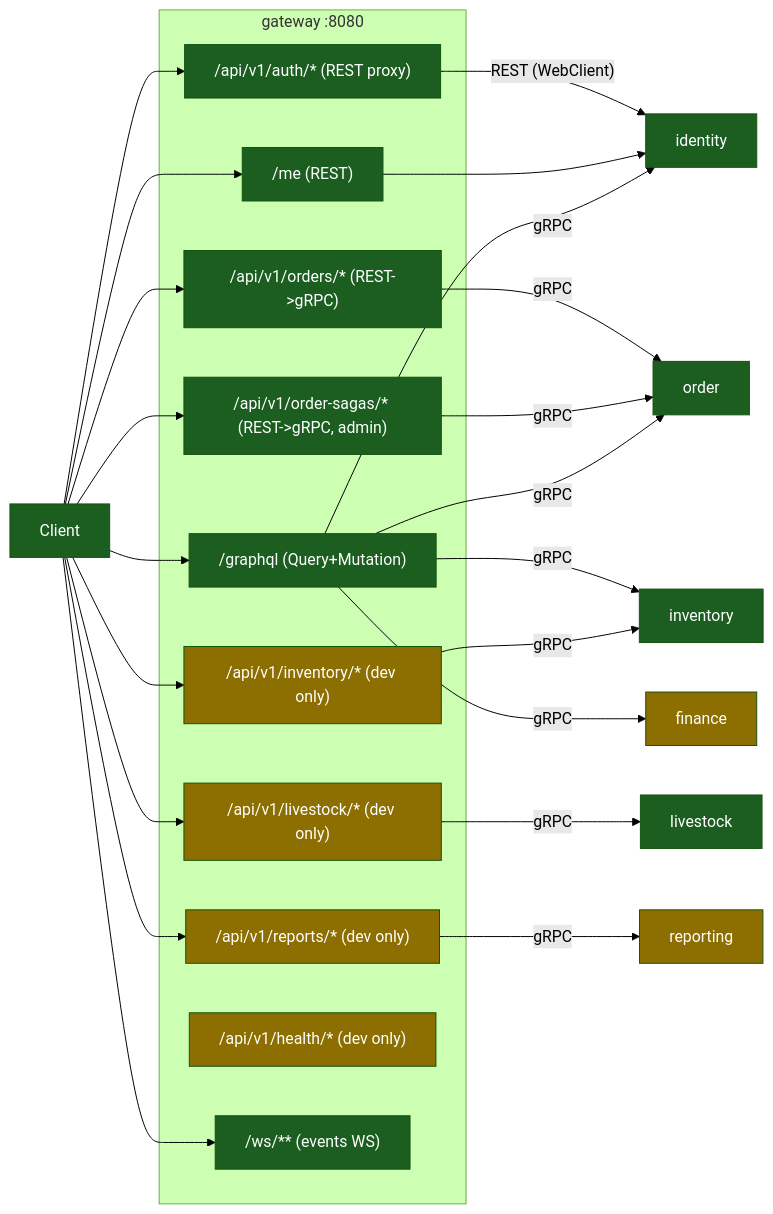
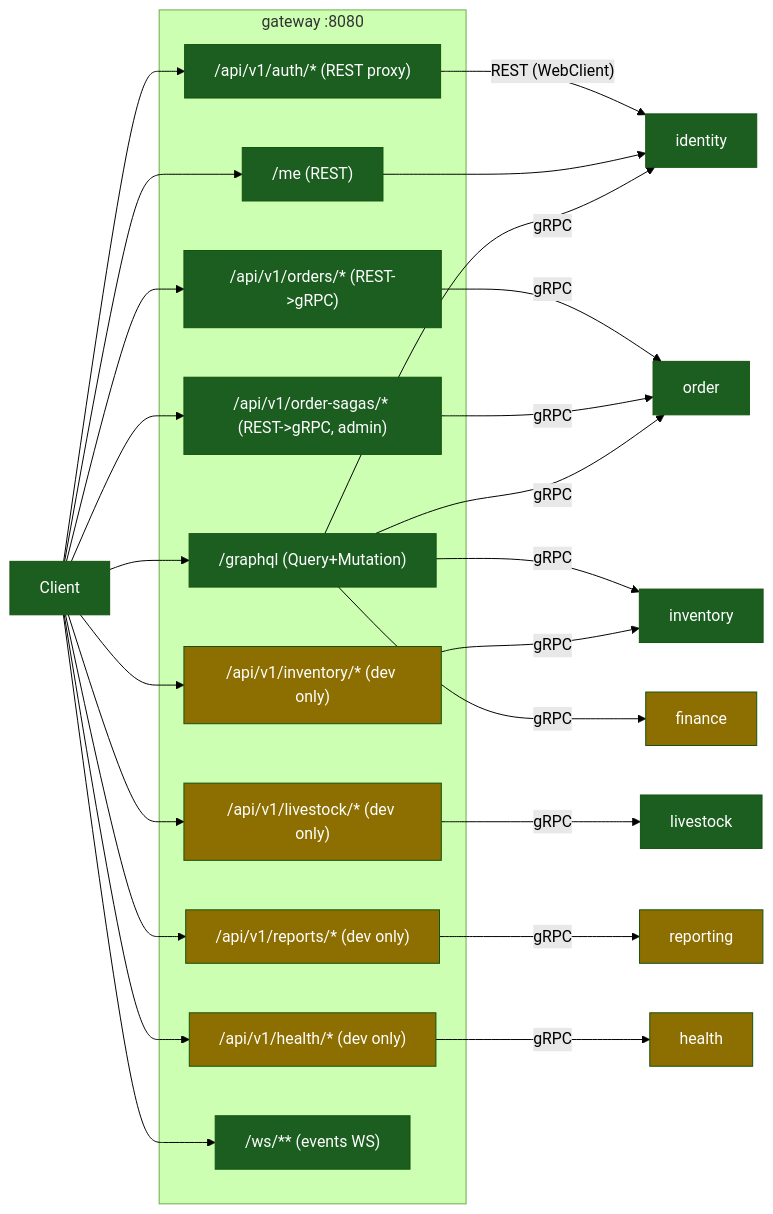
One commit to hatrongvu13/smartfarm-platform-maven-starter changed the third of 7 diagrams in docs/architecture/system-overview.md. Above: the diagram before and after it, drawn with Mermaid (forest theme). The commit also changed other lines of this file and 15 other files, not shown here.

First line of the commit message:
docs: truth pass -- audit log, outstanding issues, architecture & service docs

````diff
--- a/docs/architecture/system-overview.md
+++ b/docs/architecture/system-overview.md
@@ -77,26 +78,27 @@
 ```mermaid
 flowchart LR
   c["Client"]:::ok
   subgraph gw["gateway :8080"]
     auth["/api/v1/auth/* (REST proxy)"]:::ok
     me["/me (REST)"]:::ok
     ords["/api/v1/orders/* (REST->gRPC)"]:::ok
     saga["/api/v1/order-sagas/* (REST->gRPC, admin)"]:::ok
     gql["/graphql (Query+Mutation)"]:::ok
     livd["/api/v1/livestock/* (dev only)"]:::partial
     invd["/api/v1/inventory/* (dev only)"]:::partial
     repd["/api/v1/reports/* (dev only)"]:::partial
     head["/api/v1/health/* (dev only)"]:::partial
     ws["/ws/** (events WS)"]:::ok
   end
-  c --> auth & me & ords & saga & gql & livd & invd & repd & ws
+  c --> auth & me & ords & saga & gql & livd & invd & repd & head & ws
   auth -->|"REST (WebClient)"| id["identity"]:::ok
   me --> id
   ords & saga -->|gRPC| ord["order"]:::ok
   gql -->|gRPC| id & ord & inv["inventory"]:::ok & fin["finance"]:::partial
   livd -->|gRPC| liv["livestock"]:::ok
   invd -->|gRPC| inv
   repd -->|gRPC| rep["reporting"]:::partial
+  head -->|gRPC| hea["health"]:::partial
   classDef ok fill:#1b5e20,color:#fff;
   classDef partial fill:#8d6e00,color:#fff;
 ```
````
